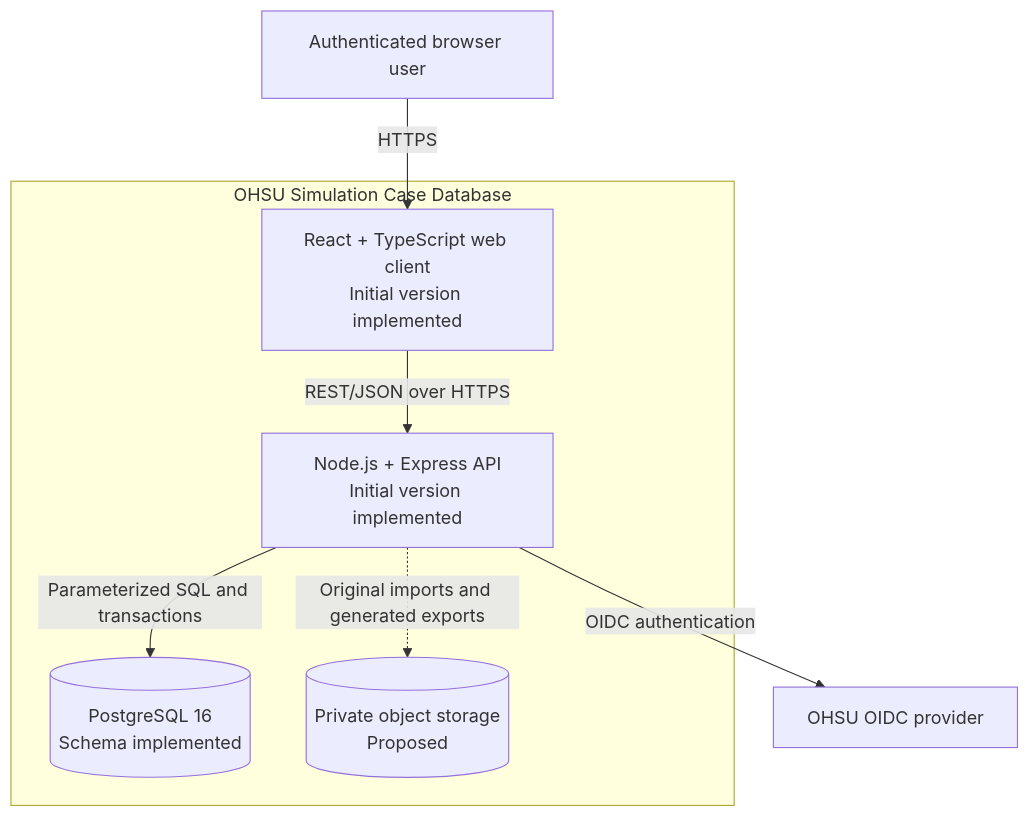
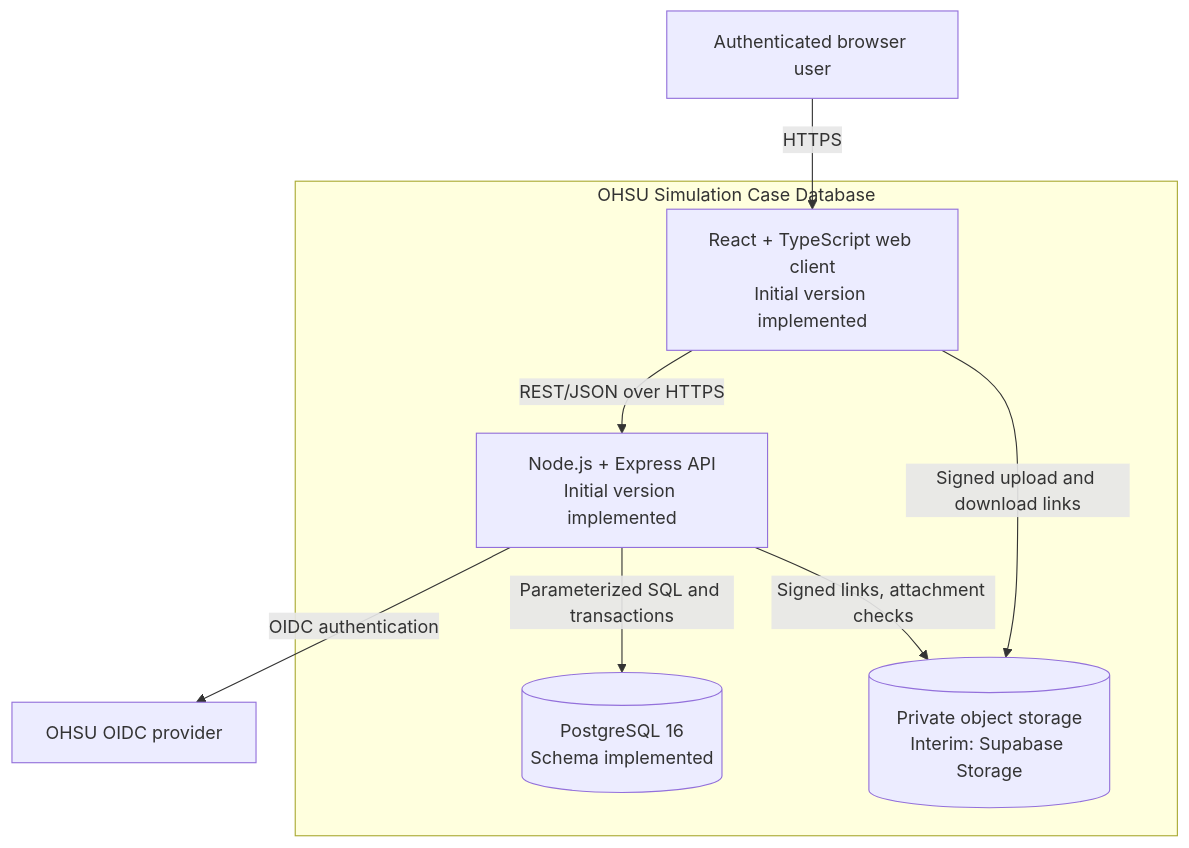
The second of 2 diagrams in docs/design.md (robekenn/OSU-Capstone-OHSU-Database), drawn with Mermaid before and after one commit. The commit also changed other lines of this file and 23 other files, not shown here.

````diff
--- a/docs/design.md
+++ b/docs/design.md
@@ -43,18 +43,19 @@
 ```mermaid
 flowchart TB
     user["Authenticated browser user"]
     oidc["OHSU OIDC provider"]
 
     subgraph system["OHSU Simulation Case Database"]
         web["React + TypeScript web client\nInitial version implemented"]
         api["Node.js + Express API\nInitial version implemented"]
         db[("PostgreSQL 16\nSchema implemented")]
-        objects[("Private object storage\nProposed")]
+        objects[("Private object storage\nInterim: Supabase Storage")]
     end
 
     user -->|HTTPS| web
     web -->|REST/JSON over HTTPS| api
     api -->|OIDC authentication| oidc
     api -->|Parameterized SQL and transactions| db
-    api -.->|Original imports and generated exports| objects
+    api -->|Signed links, attachment checks| objects
+    web -->|Signed upload and download links| objects
 ```
````
